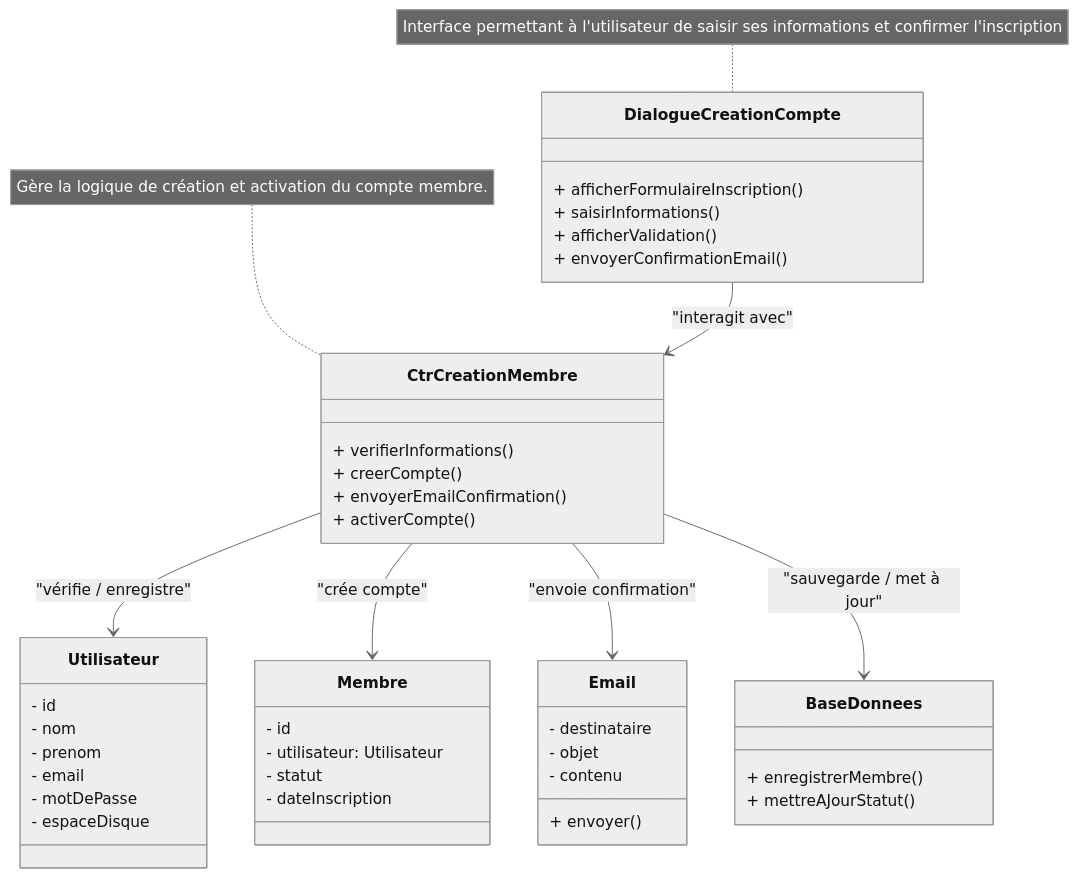
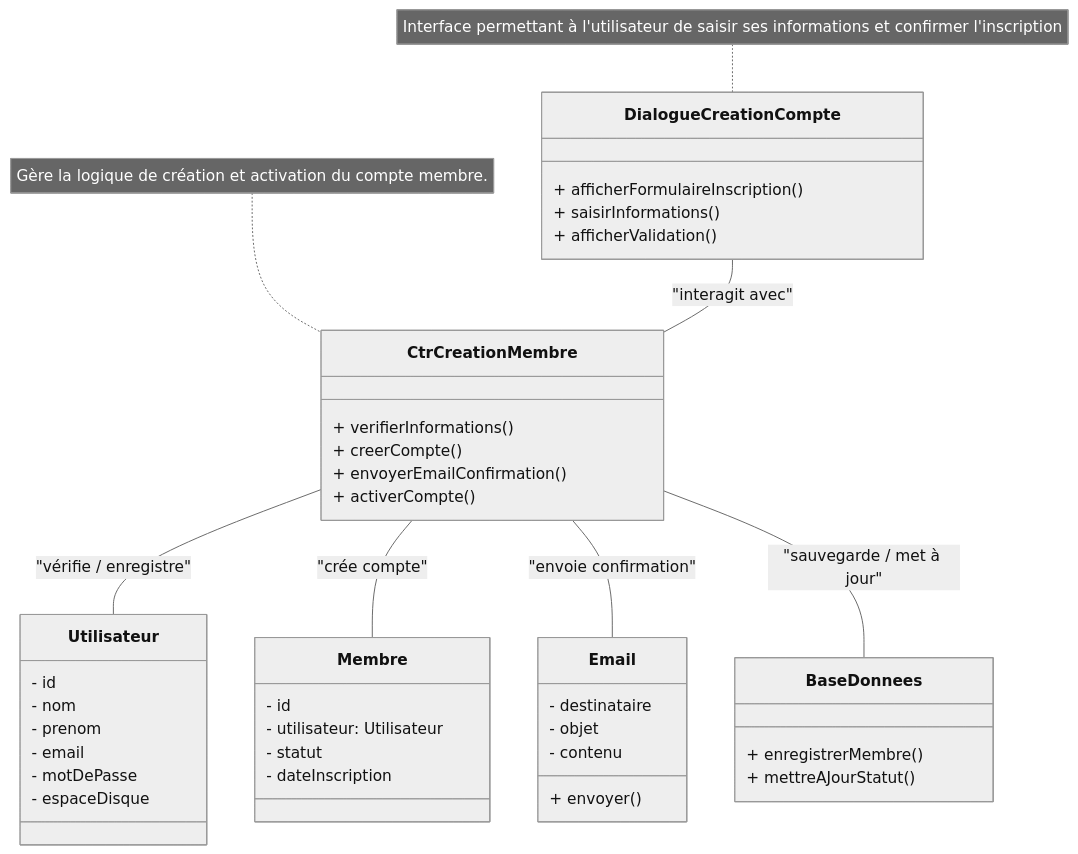
Before and after one commit to JustADevInFrance/biblioteko: the diagram in docs/fr/Conception/Diagrammes de classes/devenir_membre.md, drawn with Mermaid (neutral theme). The commit also changed 3 other files, not shown here.

Commit message:
mise a jour du diagramme uml des classes

````diff
--- a/docs/fr/Conception/Diagrammes de classes/devenir_membre.md
+++ b/docs/fr/Conception/Diagrammes de classes/devenir_membre.md
@@ -1,64 +1,64 @@
 ```mermaid
 classDiagram
 %% ===============================
 %% Diagramme de Classes du Problème (DCP)
 %% Cas d’utilisation : Devenir membre
 %% ===============================
 
 %% --- Dialogues (IHM) ---
 class DialogueCreationCompte {
   + afficherFormulaireInscription()
   + saisirInformations()
   + afficherValidation()
-  + envoyerConfirmationEmail()
+
 }
 
 %% --- Contrôles ---
 class CtrCreationMembre {
   + verifierInformations()
   + creerCompte()
   + envoyerEmailConfirmation()
   + activerCompte()
 }
 
 %% --- Entités (métier) ---
 class Utilisateur {
   - id
   - nom
   - prenom
   - email
   - motDePasse
   - espaceDisque
 }
 
 class Membre {
   - id
   - utilisateur: Utilisateur
   - statut
   - dateInscription
 }
 
 class Email {
   - destinataire
   - objet
   - contenu
   + envoyer()
 }
 
 class BaseDonnees {
   + enregistrerMembre()
   + mettreAJourStatut()
 }
 
 %% --- Relations (liens fonctionnels) ---
-DialogueCreationCompte --> CtrCreationMembre : "interagit avec"
+DialogueCreationCompte -- CtrCreationMembre : "interagit avec"
 
-CtrCreationMembre --> Utilisateur : "vérifie / enregistre"
-CtrCreationMembre --> Membre : "crée compte"
-CtrCreationMembre --> Email : "envoie confirmation"
-CtrCreationMembre --> BaseDonnees : "sauvegarde / met à jour"
+CtrCreationMembre -- Utilisateur : "vérifie / enregistre"
+CtrCreationMembre -- Membre : "crée compte"
+CtrCreationMembre -- Email : "envoie confirmation"
+CtrCreationMembre -- BaseDonnees : "sauvegarde / met à jour"
 
 %% --- Notes UML ---
 note for CtrCreationMembre "Gère la logique de création et activation du compte membre."
 note for DialogueCreationCompte "Interface permettant à l'utilisateur de saisir ses informations et confirmer l'inscription"
 ```
````
